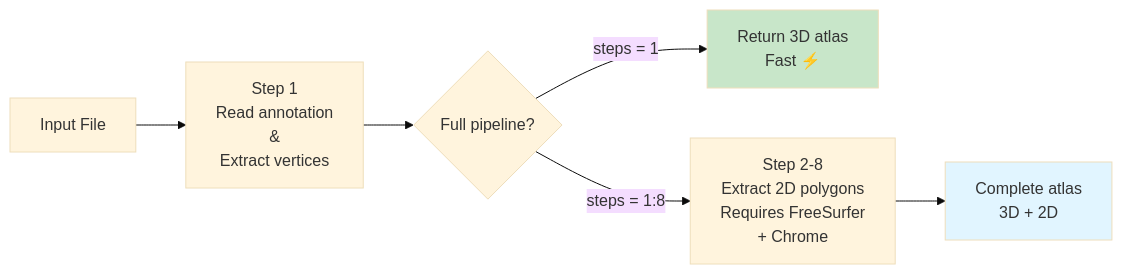
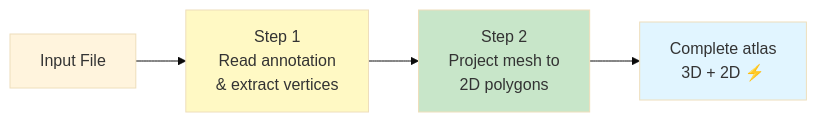
Before and after one commit to OliJimbo/ggseg.extra: the second of 5 diagrams in vignettes/atlas-workflows.qmd, drawn with Mermaid (base theme). The commit also changed other lines of this file and 44 other files, not shown here.

First line of the commit message:
Split boundary triangles at edge midpoints for smooth region borders

````diff
--- a/vignettes/atlas-workflows.qmd
+++ b/vignettes/atlas-workflows.qmd
@@ -73,15 +66,14 @@
 ```{mermaid}
 %%| label: fig-cortical-fork
 %%| fig-width: 10
-%%| fig-cap: "Decision point in cortical atlas creation"
-%%| fig-alt: "Flowchart showing cortical atlas creation split: step 1 produces fast 3D-only output in seconds, while steps 1 through 8 add 2D polygon extraction requiring FreeSurfer and Chrome for complete 3D plus 2D output"
+%%| fig-cap: "Cortical atlas creation pipeline"
+%%| fig-alt: "Flowchart showing cortical atlas creation: step 1 reads annotation and extracts vertices, step 2 projects mesh triangles to 2D polygons, producing a complete atlas with both 3D and 2D data in seconds"
 flowchart LR
-    A[Input File] --> B["Step 1<br/>Read annotation<br/>&<br/>Extract vertices"]
-    B --> C{Full pipeline?}
-    C -->|steps = 1| D[Return 3D atlas<br/>Fast ⚡]
-    C -->|steps = 1:8| E["Step 2-8<br/>Extract 2D polygons<br/>Requires FreeSurfer<br/>+ Chrome"]
-    E --> F[Complete atlas<br/>3D + 2D]
+    A[Input File] --> S1["Step 1<br/>Read annotation<br/>& extract vertices"]
+    S1 --> S2["Step 2<br/>Project mesh to<br/>2D polygons"]
+    S2 --> F[Complete atlas<br/>3D + 2D ⚡]
 
-    style D fill:#c8e6c9
+    style S1 fill:#fff9c4
+    style S2 fill:#c8e6c9
     style F fill:#e1f5ff
 ```
````
